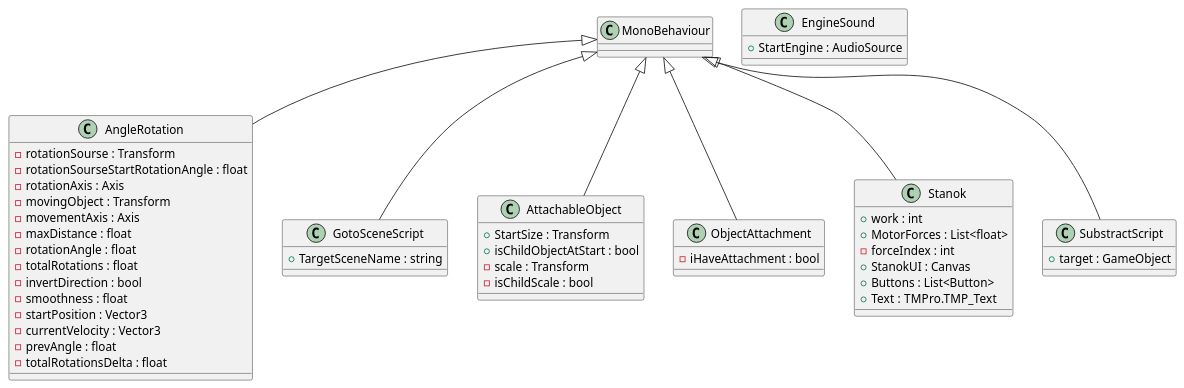
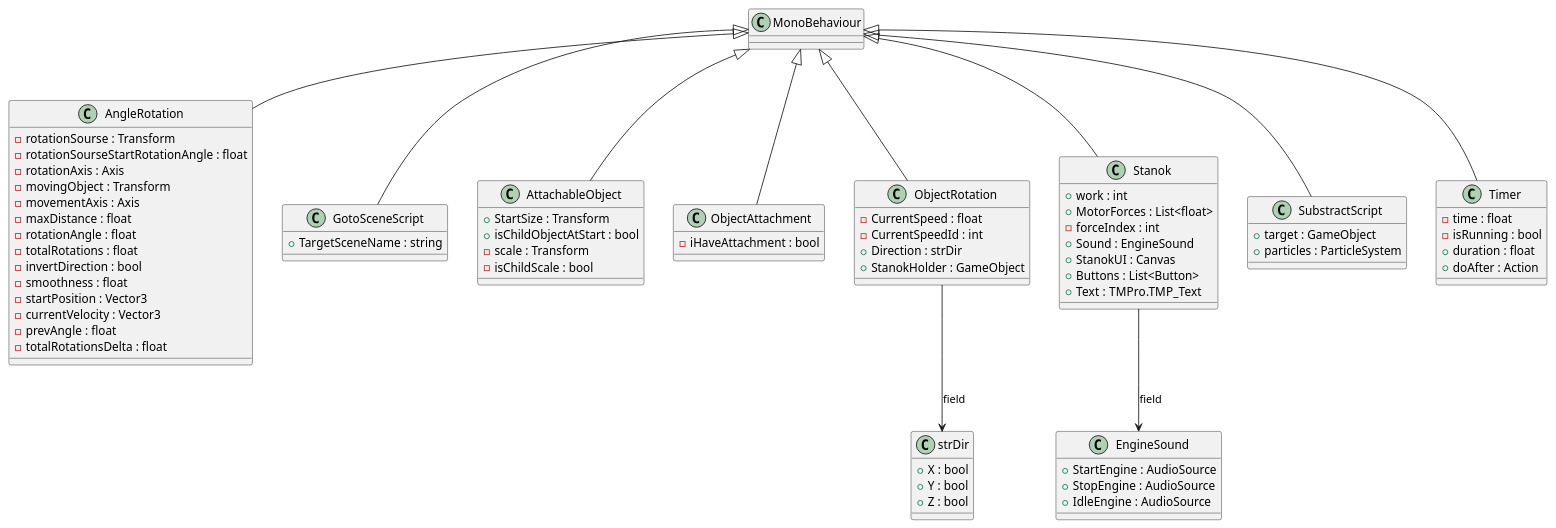
The diagram in Assets/ClassDiagramGeneratorOutput/ClassDiagram.puml (Gesporidgers/Stanki-VKR), drawn with PlantUML before and after one commit. The commit also changed 2 other files, not shown here.

Commit message:
Небольшой фикс класса `Stanok`

```diff
--- a/Assets/ClassDiagramGeneratorOutput/ClassDiagram.puml
+++ b/Assets/ClassDiagramGeneratorOutput/ClassDiagram.puml
@@ -1,50 +1,75 @@
 @startuml
 class AngleRotation {
     - rotationSourse : Transform
     - rotationSourseStartRotationAngle : float
     - rotationAxis : Axis
     - movingObject : Transform
     - movementAxis : Axis
     - maxDistance : float
     - rotationAngle : float
     - totalRotations : float
     - invertDirection : bool
     - smoothness : float
     - startPosition : Vector3
     - currentVelocity : Vector3
     - prevAngle : float
     - totalRotationsDelta : float
 }
 class GotoSceneScript {
     + TargetSceneName : string
 }
 class AttachableObject {
     + StartSize : Transform
     + isChildObjectAtStart : bool
     - scale : Transform
     - isChildScale : bool
 }
 class ObjectAttachment {
     - iHaveAttachment : bool
 }
+class strDir {
+    + X : bool
+    + Y : bool
+    + Z : bool
+}
+class ObjectRotation {
+    - CurrentSpeed : float
+    - CurrentSpeedId : int
+    + Direction : strDir
+    + StanokHolder : GameObject
+}
 class EngineSound {
     + StartEngine : AudioSource
+    + StopEngine : AudioSource
+    + IdleEngine : AudioSource
 }
 class Stanok {
     + work : int
     + MotorForces : List<float>
     - forceIndex : int
+    + Sound : EngineSound
     + StanokUI : Canvas
     + Buttons : List<Button>
     + Text : TMPro.TMP_Text
 }
 class SubstractScript {
     + target : GameObject
+    + particles : ParticleSystem
+}
+class Timer {
+    - time : float
+    - isRunning : bool
+    + duration : float
+    + doAfter : Action
 }
 MonoBehaviour <|-- AngleRotation
 MonoBehaviour <|-- GotoSceneScript
 MonoBehaviour <|-- AttachableObject
 MonoBehaviour <|-- ObjectAttachment
+MonoBehaviour <|-- ObjectRotation
 MonoBehaviour <|-- Stanok
 MonoBehaviour <|-- SubstractScript
+MonoBehaviour <|-- Timer
+ObjectRotation --> strDir : field
+Stanok --> EngineSound : field
 @enduml
```
